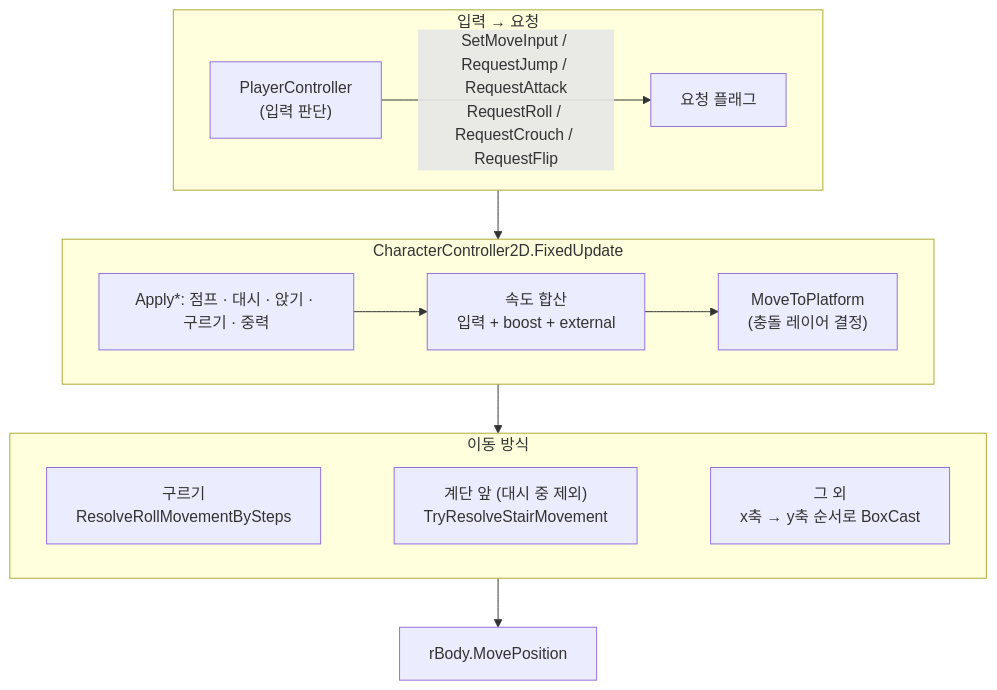
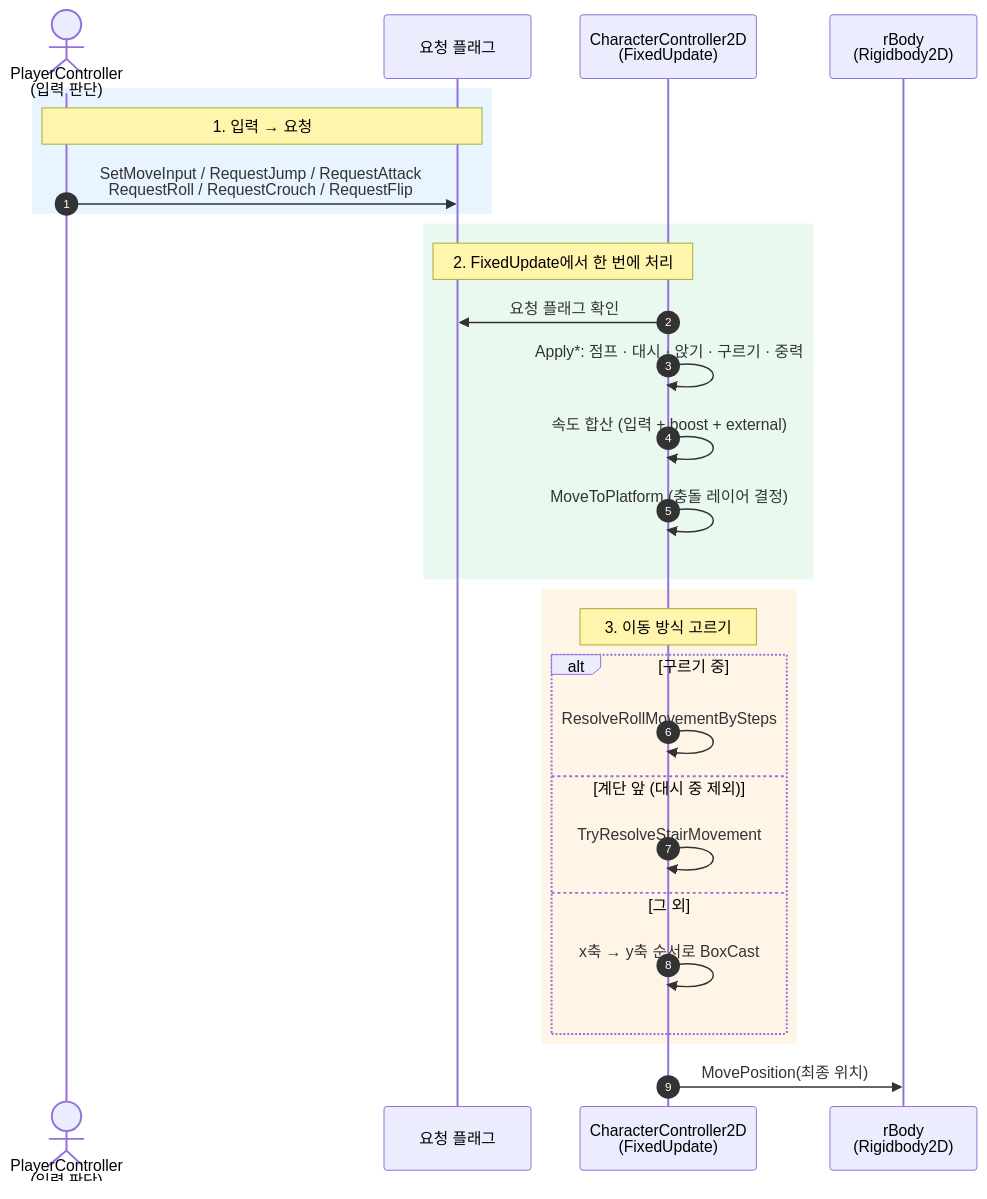
Before and after one commit to NaJungWon/portfolio: the third of 5 diagrams in src/03-katana-zero/기술문서.md, drawn with Mermaid. The commit also changed other lines of this file and 1 other file, not shown here.

Commit message:
카타나 제로: 3장 이동 흐름을 시퀀스 다이어그램으로, 4장 크로노스 · 히트스탑을 설명 그림으로

````diff
--- a/src/03-katana-zero/기술문서.md
+++ b/src/03-katana-zero/기술문서.md
@@ -141,19 +141,31 @@
 ```mermaid
-flowchart TB
-    subgraph S1["입력 → 요청"]
-        direction LR
-        I["PlayerController<br/>(입력 판단)"] -->|"SetMoveInput / RequestJump / RequestAttack<br/>RequestRoll / RequestCrouch / RequestFlip"| Q["요청 플래그"]
+sequenceDiagram
+    autonumber
+    actor P as PlayerController<br/>(입력 판단)
+    participant F as 요청 플래그
+    participant C as CharacterController2D<br/>(FixedUpdate)
+    participant R as rBody<br/>(Rigidbody2D)
+
+    rect rgba(64, 160, 255, 0.12)
+        Note over P, F: 1. 입력 → 요청
+        P->>F: SetMoveInput / RequestJump / RequestAttack<br/>RequestRoll / RequestCrouch / RequestFlip
     end
-    subgraph S2["CharacterController2D.FixedUpdate"]
-        direction LR
-        A["Apply*: 점프 · 대시 · 앉기 · 구르기 · 중력"] --> V["속도 합산<br/>입력 + boost + external"] --> P["MoveToPlatform<br/>(충돌 레이어 결정)"]
+    rect rgba(80, 200, 120, 0.12)
+        Note over F, C: 2. FixedUpdate에서 한 번에 처리
+        C->>F: 요청 플래그 확인
+        C->>C: Apply*: 점프 · 대시 · 앉기 · 구르기 · 중력
+        C->>C: 속도 합산 (입력 + boost + external)
+        C->>C: MoveToPlatform (충돌 레이어 결정)
     end
-    subgraph S3["이동 방식"]
-        direction LR
-        R["구르기<br/>ResolveRollMovementBySteps"]
-        S["계단 앞 (대시 중 제외)<br/>TryResolveStairMovement"]
-        X["그 외<br/>x축 → y축 순서로 BoxCast"]
-        R ~~~ S ~~~ X
+    rect rgba(255, 170, 60, 0.12)
+        Note over C: 3. 이동 방식 고르기
+        alt 구르기 중
+            C->>C: ResolveRollMovementBySteps
+        else 계단 앞 (대시 중 제외)
+            C->>C: TryResolveStairMovement
+        else 그 외
+            C->>C: x축 → y축 순서로 BoxCast
+        end
     end
-    S1 --> S2 --> S3 --> MP["rBody.MovePosition"]
+    C->>R: MovePosition(최종 위치)
 ```
````
